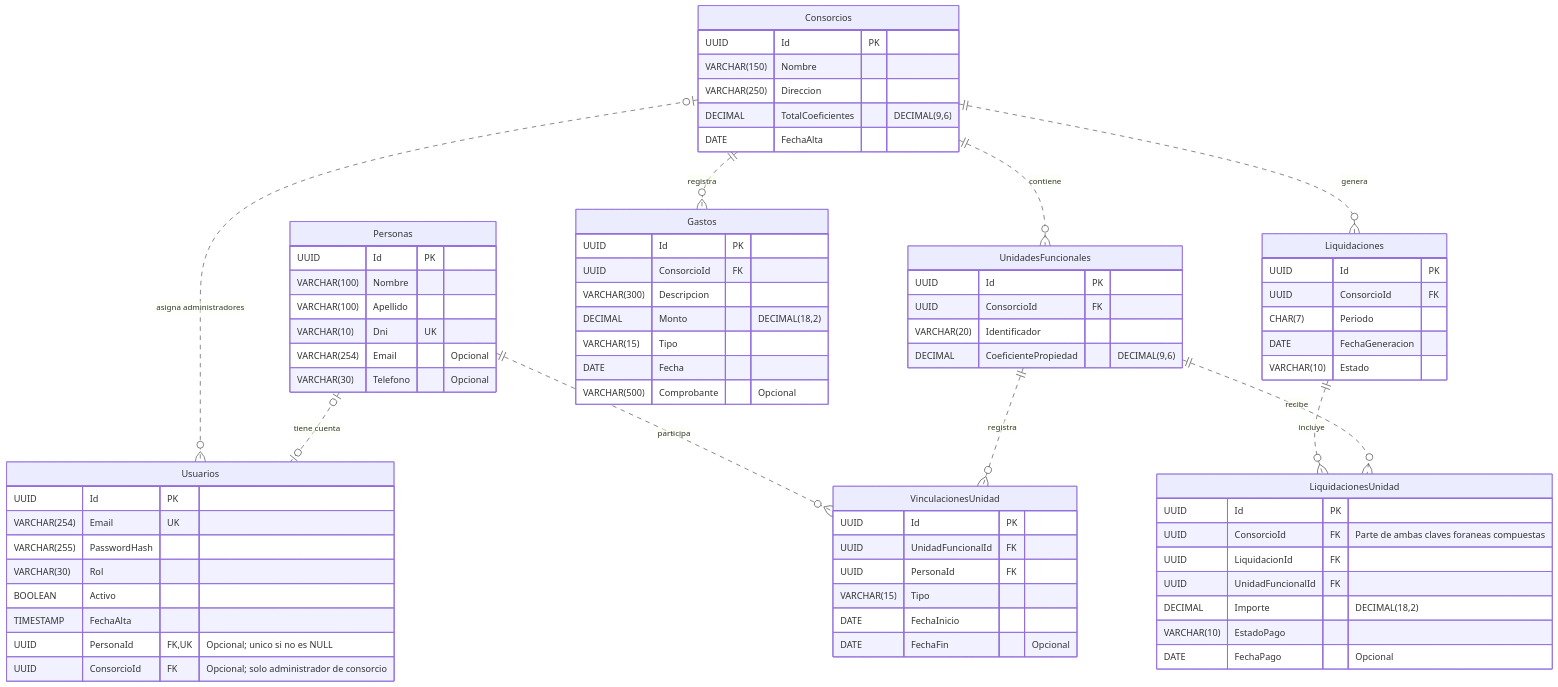
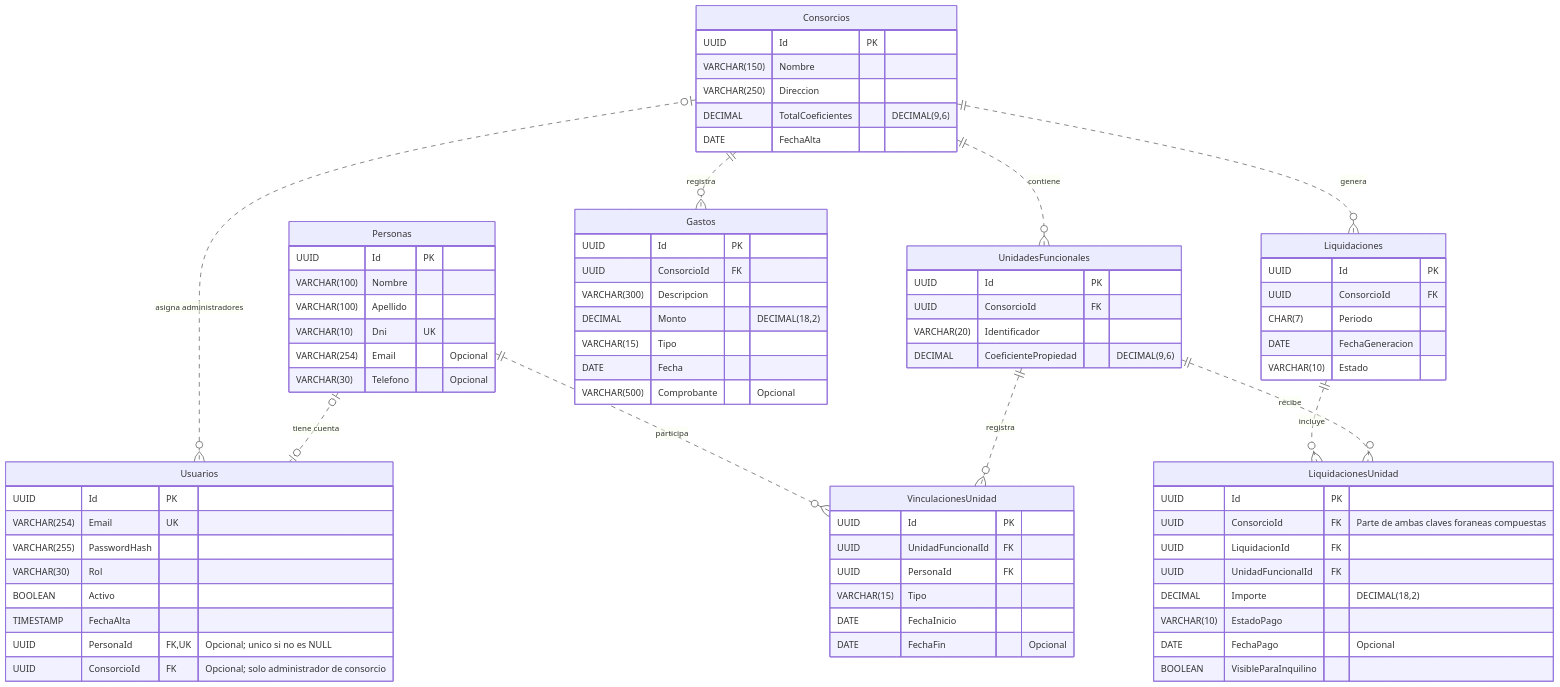
Before and after one commit to gonzilla2021/sistema-administracion-consorcios: the diagram in database/diagrama-entidad-relacion.md, drawn with Mermaid. The commit also changed 7 other files, not shown here.

````diff
--- a/database/diagrama-entidad-relacion.md
+++ b/database/diagrama-entidad-relacion.md
@@ -93,5 +93,6 @@
         DECIMAL Importe "DECIMAL(18,2)"
         VARCHAR(10) EstadoPago
         DATE FechaPago "Opcional"
+        BOOLEAN VisibleParaInquilino
     }
 ```
````
